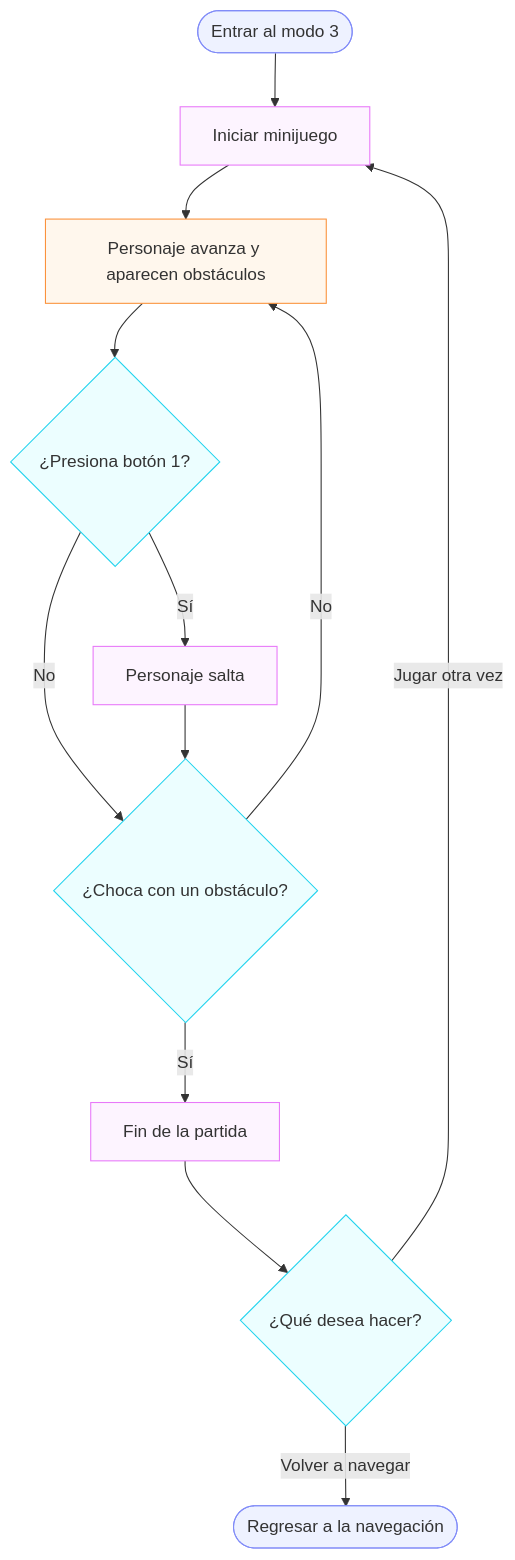
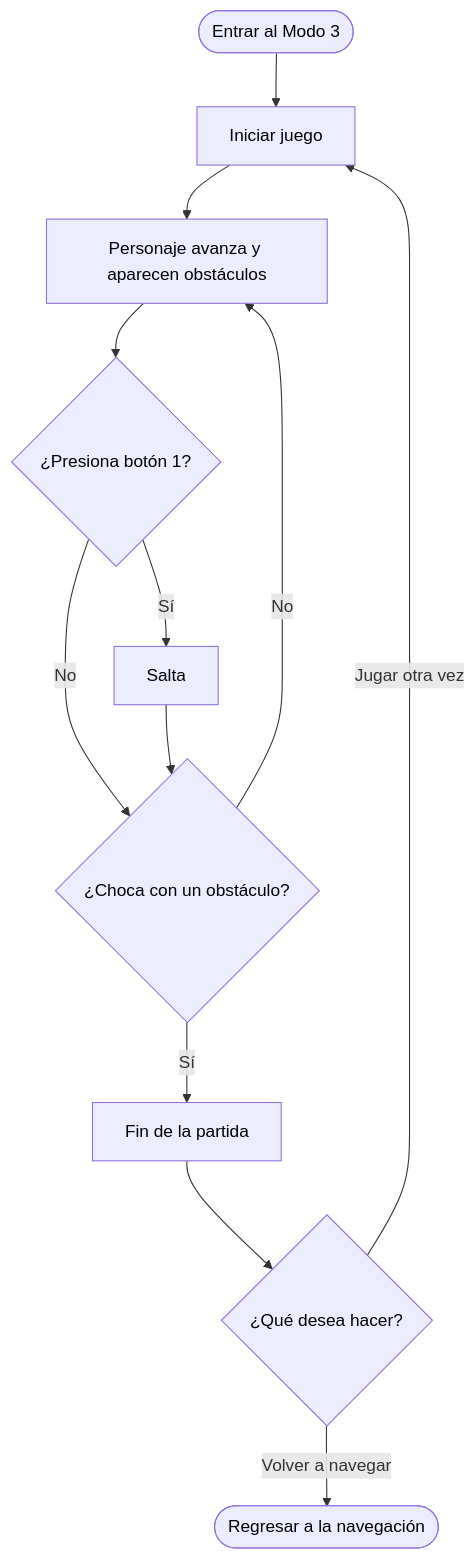
The fourth of 6 diagrams in 00-proyecto-2/grupo-03/README.md (Estrabismx/dis8645-2026-2-procesos-2), drawn with Mermaid before and after one commit. The commit also changed other lines of this file, not shown here.

````diff
--- a/00-proyecto-2/grupo-03/README.md
+++ b/00-proyecto-2/grupo-03/README.md
@@ -212,27 +226,29 @@
 ```mermaid
-flowchart TD
-    A(["Entrar al modo 3"]) --> B["Iniciar minijuego"]
-    B --> C["Personaje avanza y aparecen obstáculos"]
-    C --> D{"¿Presiona botón 1?"}
+---
+config:
+ theme: default
+---
+flowchart TB
+   A(["Entrar al Modo 3"]) --> B["Iniciar juego"]
+   B --> C["Personaje avanza y aparecen obstáculos"]
+   C --> D{"¿Presiona botón 1?"}
+   D -- Sí --> E["Salta"]
+   D -- No --> F{"¿Choca con un obstáculo?"}
+   E --> F
+   F -- No --> C
+   F -- Sí --> G["Fin de la partida"]
+   G --> H{"¿Qué desea hacer?"}
+   H -- Jugar otra vez --> B
+   H -- Volver a navegar --> I(["Regresar a la navegación"])
 
-    D -->|Sí| E["Personaje salta"]
-    D -->|No| F{"¿Choca con un obstáculo?"}
 
-    E --> F
-    F -->|No| C
-    F -->|Sí| G["Fin de la partida"]
-
-    G --> H{"¿Qué desea hacer?"}
-    H -->|Jugar otra vez| B
-    H -->|Volver a navegar| I(["Regresar a la navegación"])
-
-    classDef screen fill:#eef2ff,stroke:#818cf8
-    classDef action fill:#fdf4ff,stroke:#e879f9
-    classDef game fill:#fff7ed,stroke:#fb923c
-    classDef decision fill:#ecfeff,stroke:#22d3ee
-
-    class A,I screen
-    class B,E,G action
-    class C game
-    class D,F,H decision
+   style A color:#000000
+   style B color:#000000
+   style C color:#000000
+   style D color:#000000
+   style E color:#000000
+   style F color:#000000
+   style G color:#000000
+   style H color:#000000
+   style I color:#000000
 ```
````
